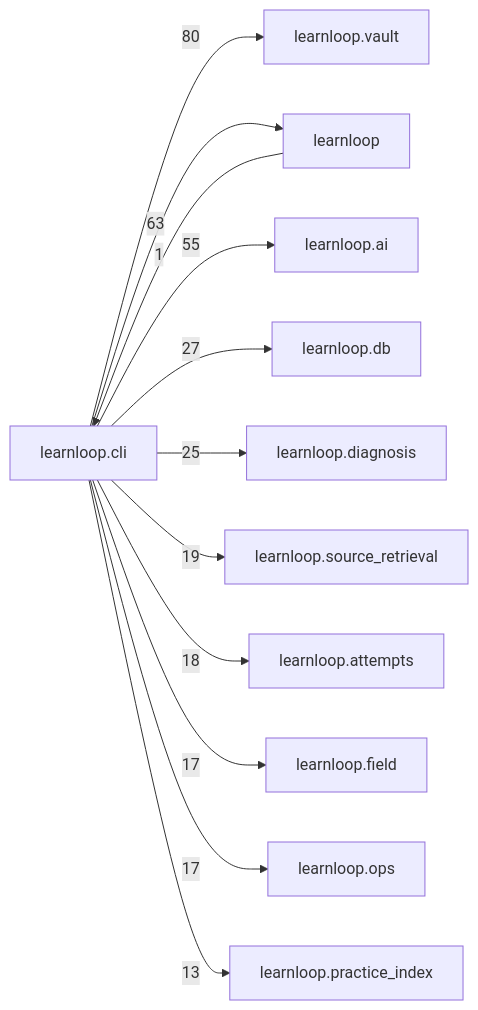
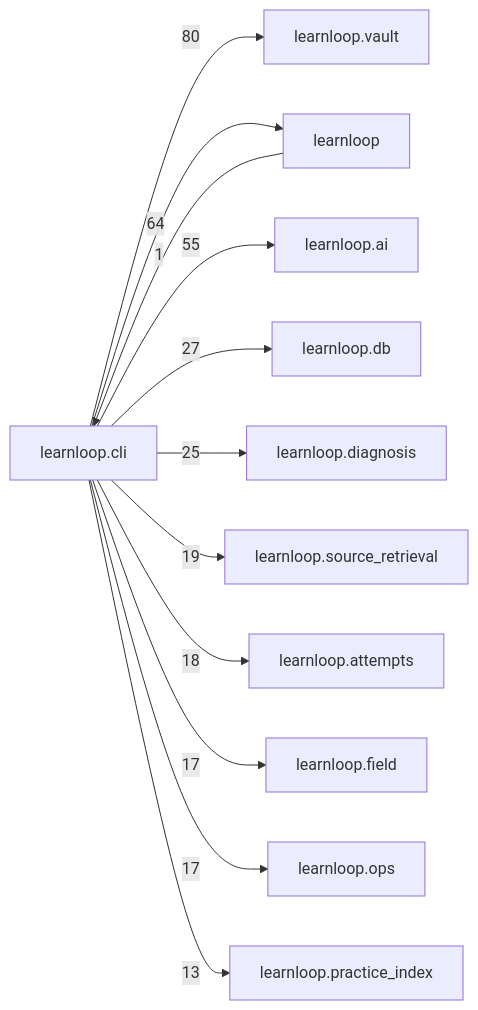
The diagram in docs/learnloop-architecture-vault/Reference/Modules/learnloop/cli/_package.md (6up-b/learnanything), drawn with Mermaid before and after one commit. The commit also changed other lines of this file and 575 other files, not shown here.

First line of the commit message:
TE2 landing, references: the architecture reference regenerated on the merged tree (DB and configuration reference, head 248, 1180 effective leaves with the two prose counts; desktop and module catalogs; vault validated)

````diff
--- a/docs/learnloop-architecture-vault/Reference/Modules/learnloop/cli/_package.md
+++ b/docs/learnloop-architecture-vault/Reference/Modules/learnloop/cli/_package.md
@@ -229,25 +229,25 @@
 ```mermaid
 flowchart LR
     center["learnloop.cli"]
     n_learnloop_vault["learnloop.vault"]
     n_learnloop["learnloop"]
     n_learnloop_ai["learnloop.ai"]
     n_learnloop_db["learnloop.db"]
     n_learnloop_diagnosis["learnloop.diagnosis"]
     n_learnloop_source_retrieval["learnloop.source_retrieval"]
     n_learnloop_attempts["learnloop.attempts"]
     n_learnloop_field["learnloop.field"]
     n_learnloop_ops["learnloop.ops"]
     n_learnloop_practice_index["learnloop.practice_index"]
     center -->|80| n_learnloop_vault
     n_learnloop -->|1| center
-    center -->|63| n_learnloop
+    center -->|64| n_learnloop
     center -->|55| n_learnloop_ai
     center -->|27| n_learnloop_db
     center -->|25| n_learnloop_diagnosis
     center -->|19| n_learnloop_source_retrieval
     center -->|18| n_learnloop_attempts
     center -->|17| n_learnloop_field
     center -->|17| n_learnloop_ops
     center -->|13| n_learnloop_practice_index
 ```
````
